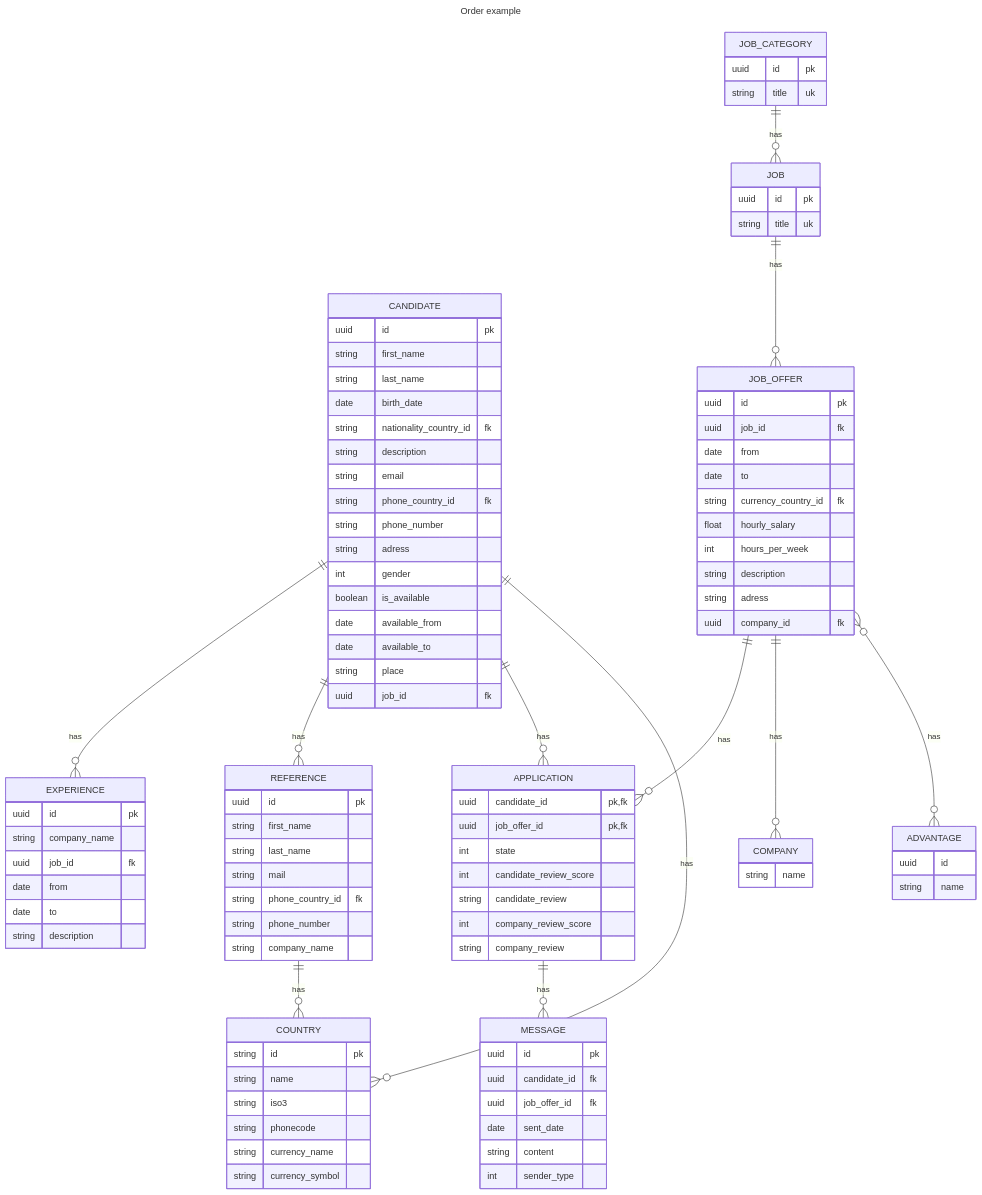
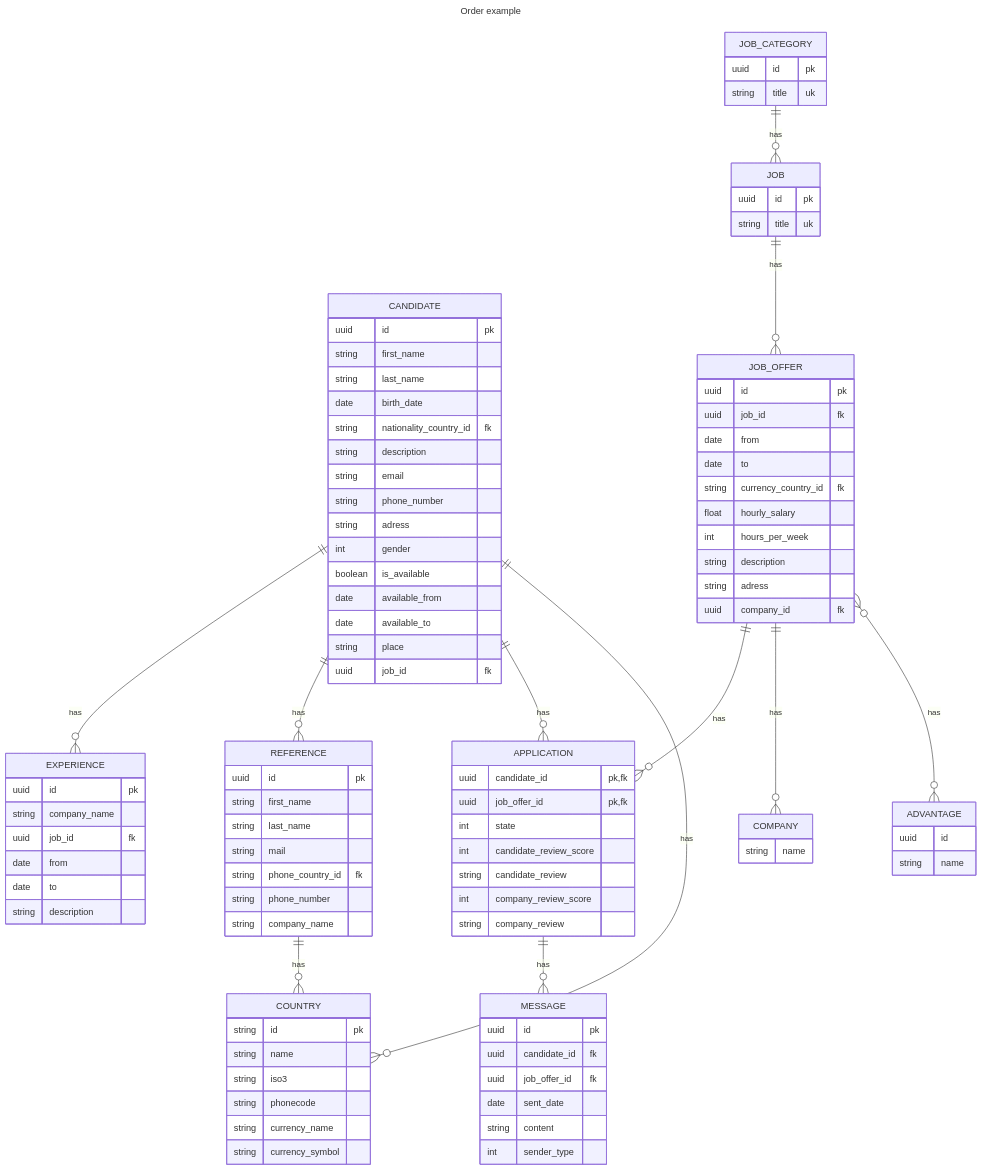
Before and after one commit to season-link/docs: the first of 4 diagrams in README.md, drawn with Mermaid.

Commit message:
docs(ms): remove un-used field

```diff
--- a/README.md
+++ b/README.md
@@ -81,7 +81,6 @@
       string description
 
       string email
-      string phone_country_id fk
       string phone_number
       string adress
       int gender
```
